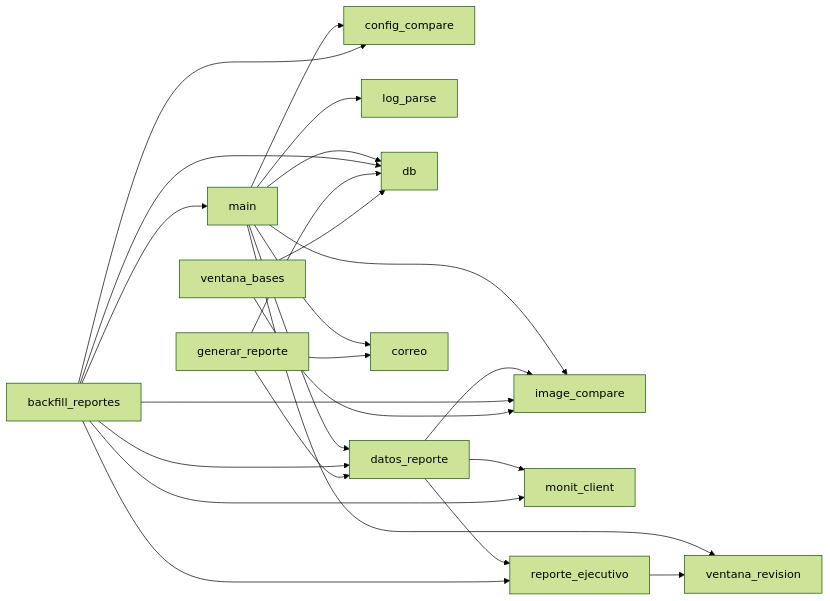
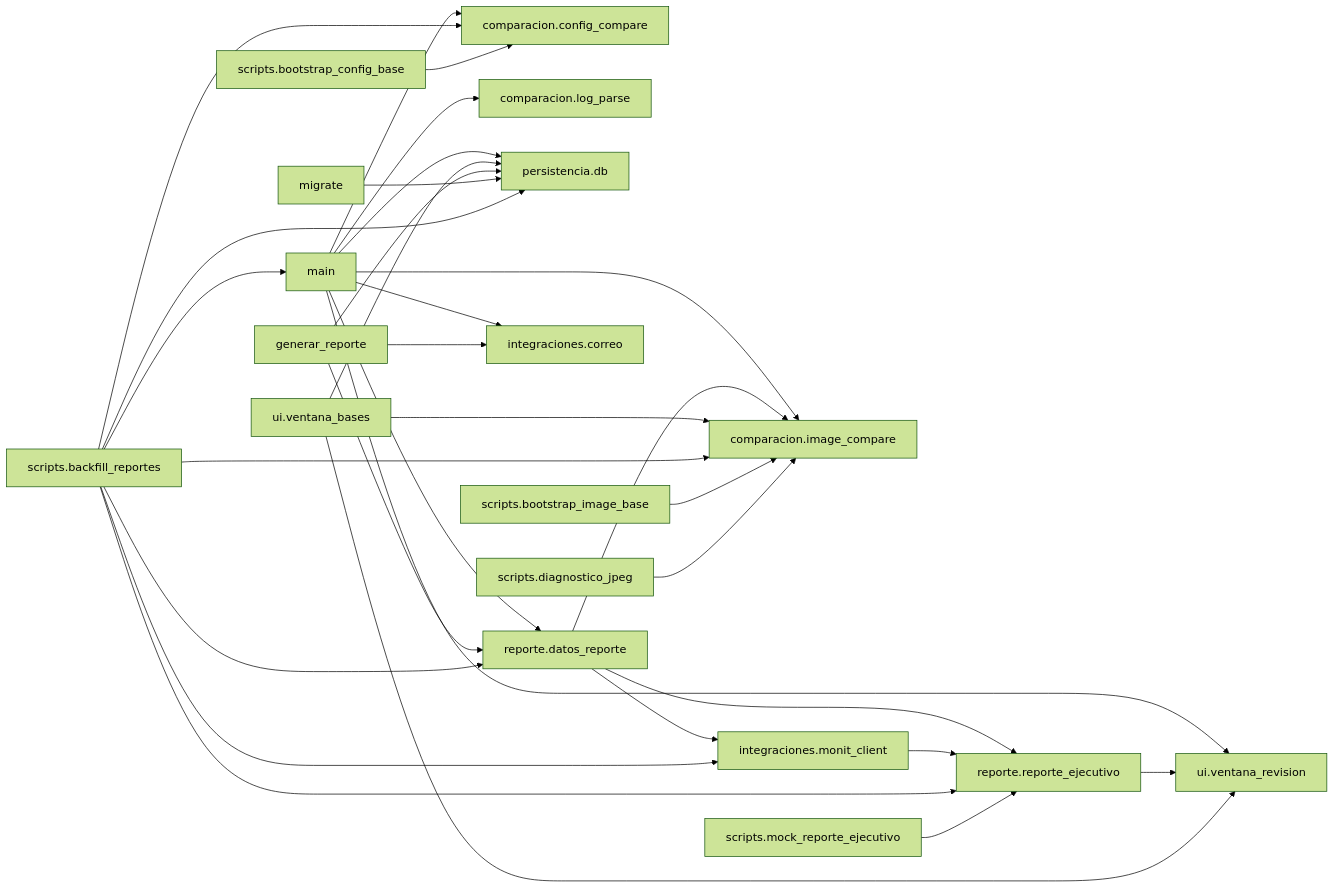
Before and after one commit to imedina27/plant_report: the second of 2 diagrams in diagramas/01-flujo-main.md, drawn with Mermaid (forest theme). The commit also changed other lines of this file and 2 other files, not shown here.

First line of the commit message:
Documenta a fondo comparacion/image_compare.py y corrige su sintaxis Mermaid

````diff
--- a/diagramas/01-flujo-main.md
+++ b/diagramas/01-flujo-main.md
@@ -124,26 +129,33 @@
 ```mermaid
 flowchart LR
-    main --> config_compare
-    main --> image_compare
-    main --> log_parse
-    main --> db
-    main --> ventana_revision
-    main --> datos_reporte
-    main --> correo
-    datos_reporte --> monit_client
-    datos_reporte --> reporte_ejecutivo
-    datos_reporte --> image_compare
-    reporte_ejecutivo --> ventana_revision
-    backfill_reportes --> db
-    backfill_reportes --> config_compare
-    backfill_reportes --> image_compare
-    backfill_reportes --> main
-    backfill_reportes --> monit_client
-    backfill_reportes --> reporte_ejecutivo
-    backfill_reportes --> datos_reporte
-    generar_reporte --> db
-    generar_reporte --> correo
-    generar_reporte --> datos_reporte
-    ventana_bases --> db
-    ventana_bases --> image_compare
+    main --> comparacion_config_compare["comparacion.config_compare"]
+    main --> comparacion_image_compare["comparacion.image_compare"]
+    main --> comparacion_log_parse["comparacion.log_parse"]
+    main --> persistencia_db["persistencia.db"]
+    main --> ui_ventana_revision["ui.ventana_revision"]
+    main --> reporte_datos_reporte["reporte.datos_reporte"]
+    main --> integraciones_correo["integraciones.correo"]
+    reporte_datos_reporte --> integraciones_monit_client["integraciones.monit_client"]
+    reporte_datos_reporte --> reporte_reporte_ejecutivo["reporte.reporte_ejecutivo"]
+    reporte_datos_reporte --> comparacion_image_compare
+    reporte_reporte_ejecutivo --> ui_ventana_revision
+    integraciones_monit_client --> reporte_reporte_ejecutivo
+    ui_ventana_bases["ui.ventana_bases"] --> persistencia_db
+    ui_ventana_bases --> comparacion_image_compare
+    ui_ventana_bases --> ui_ventana_revision
+    generar_reporte --> persistencia_db
+    generar_reporte --> integraciones_correo
+    generar_reporte --> reporte_datos_reporte
+    migrate --> persistencia_db
+    scripts_backfill_reportes["scripts.backfill_reportes"] --> persistencia_db
+    scripts_backfill_reportes --> comparacion_config_compare
+    scripts_backfill_reportes --> comparacion_image_compare
+    scripts_backfill_reportes --> integraciones_monit_client
+    scripts_backfill_reportes --> reporte_datos_reporte
+    scripts_backfill_reportes --> reporte_reporte_ejecutivo
+    scripts_backfill_reportes --> main
+    scripts_bootstrap_config_base["scripts.bootstrap_config_base"] --> comparacion_config_compare
+    scripts_bootstrap_image_base["scripts.bootstrap_image_base"] --> comparacion_image_compare
+    scripts_diagnostico_jpeg["scripts.diagnostico_jpeg"] --> comparacion_image_compare
+    scripts_mock_reporte_ejecutivo["scripts.mock_reporte_ejecutivo"] --> reporte_reporte_ejecutivo
 ```
````
